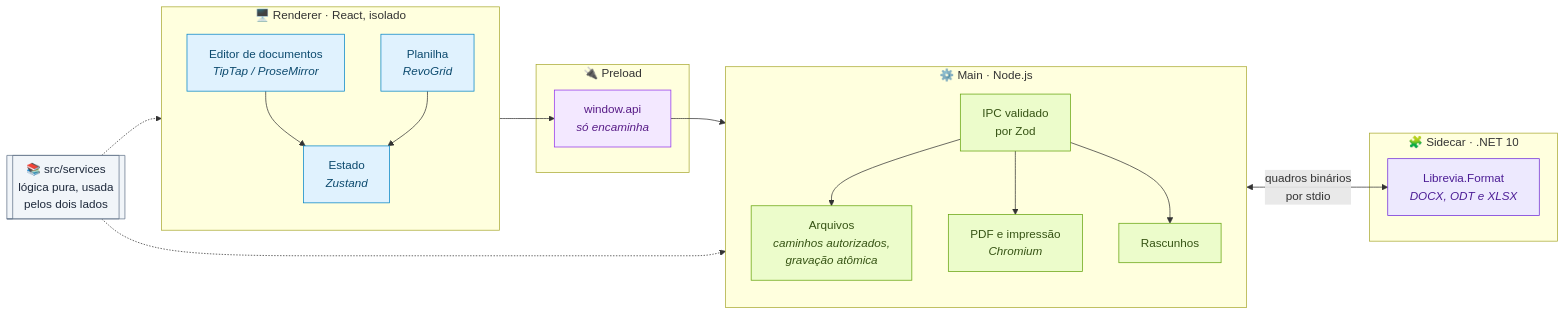
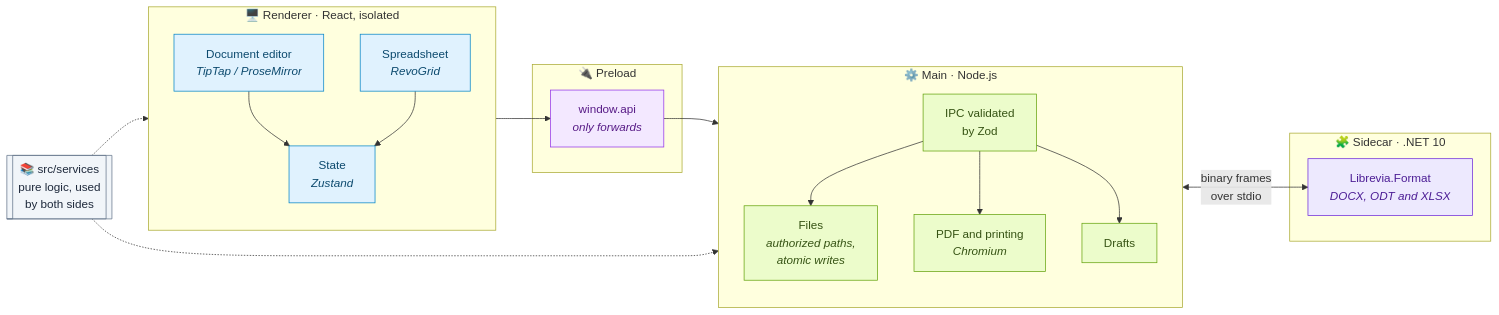
One commit to VStorch/LibreviaWorkspace changed the second of 5 diagrams in README.md. Above: the diagram before and after it, drawn with Mermaid. The commit also changed other lines of this file and 3 other files, not shown here.

````diff
--- a/README.md
+++ b/README.md
@@ -330,44 +335,44 @@
 ```mermaid
 flowchart LR
-    subgraph R["🖥️ Renderer · React, isolado"]
+    subgraph R["🖥️ Renderer · React, isolated"]
         direction TB
-        DOC["Editor de documentos<br/><i>TipTap / ProseMirror</i>"]
-        SHEET["Planilha<br/><i>RevoGrid</i>"]
-        ST["Estado<br/><i>Zustand</i>"]
+        DOC["Document editor<br/><i>TipTap / ProseMirror</i>"]
+        SHEET["Spreadsheet<br/><i>RevoGrid</i>"]
+        ST["State<br/><i>Zustand</i>"]
     end
 
     subgraph P["🔌 Preload"]
-        API["window.api<br/><i>só encaminha</i>"]
+        API["window.api<br/><i>only forwards</i>"]
     end
 
     subgraph M["⚙️ Main · Node.js"]
         direction TB
-        IPC["IPC validado<br/>por Zod"]
-        FS["Arquivos<br/><i>caminhos autorizados,<br/>gravação atômica</i>"]
-        PDF["PDF e impressão<br/><i>Chromium</i>"]
-        REC["Rascunhos"]
+        IPC["IPC validated<br/>by Zod"]
+        FS["Files<br/><i>authorized paths,<br/>atomic writes</i>"]
+        PDF["PDF and printing<br/><i>Chromium</i>"]
+        REC["Drafts"]
     end
 
     subgraph S["🧩 Sidecar · .NET 10"]
-        FMT["Librevia.Format<br/><i>DOCX, ODT e XLSX</i>"]
+        FMT["Librevia.Format<br/><i>DOCX, ODT and XLSX</i>"]
     end
 
-    SV[["📚 src/services<br/>lógica pura, usada<br/>pelos dois lados"]]
+    SV[["📚 src/services<br/>pure logic, used<br/>by both sides"]]
 
     DOC & SHEET --> ST --> API --> IPC
     IPC --> FS & PDF & REC
-    IPC <-->|"quadros binários<br/>por stdio"| FMT
+    IPC <-->|"binary frames<br/>over stdio"| FMT
     SV -.-> R
     SV -.-> M
 
     classDef ui fill:#e0f2fe,stroke:#0284c7,color:#0c4a6e
     classDef bridge fill:#f3e8ff,stroke:#9333ea,color:#581c87
     classDef mainp fill:#ecfccb,stroke:#65a30d,color:#365314
     classDef net fill:#ede9fe,stroke:#6d28d9,color:#4c1d95
     classDef pure fill:#f1f5f9,stroke:#64748b,color:#1e293b
     class DOC,SHEET,ST ui
     class API bridge
     class IPC,FS,PDF,REC mainp
     class FMT net
     class SV pure
 ```
````
